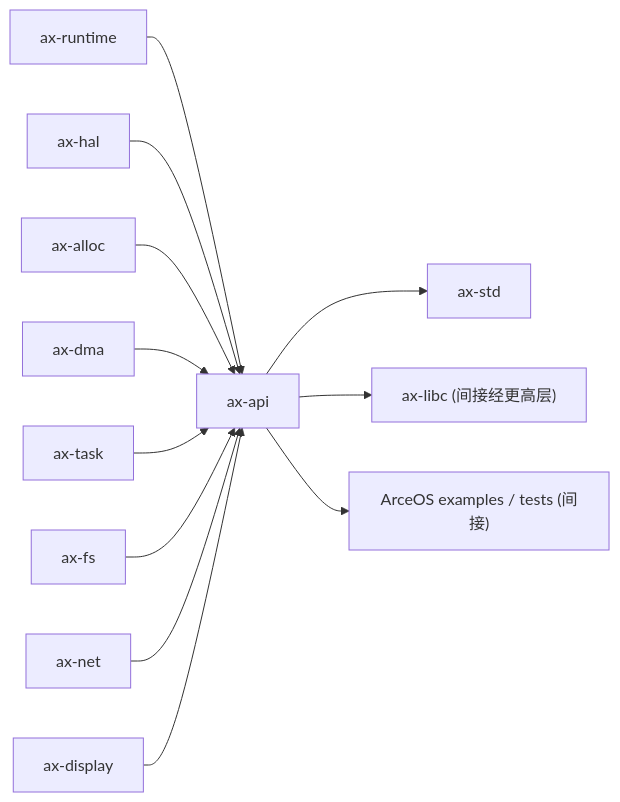
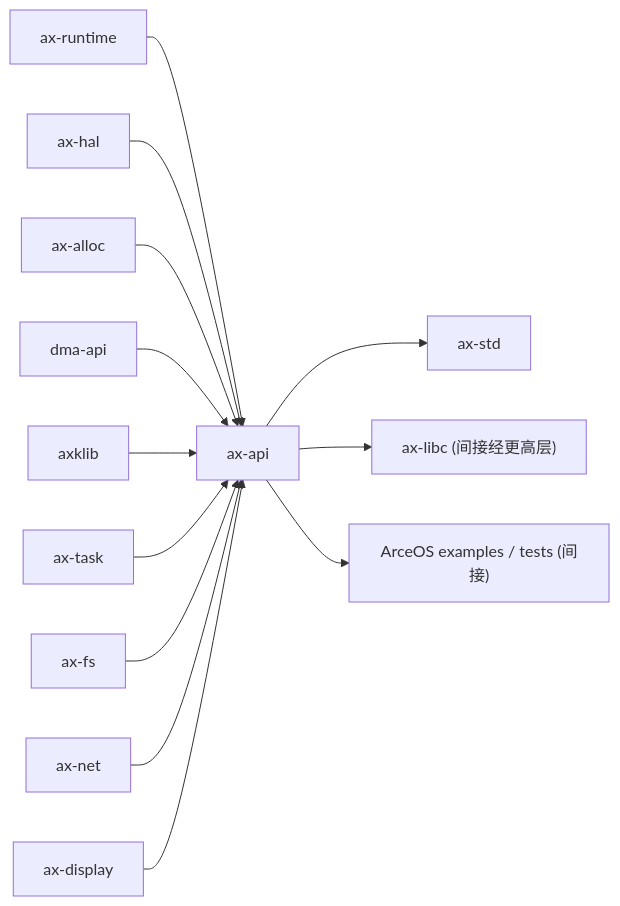
The diagram in docs/docs/components/crates/arceos-api.md (rcore-os/tgoskits), drawn with Mermaid before and after one commit. The commit also changed other lines of this file and 80 other files, not shown here.

Commit message:
fix(dma-api): retire legacy axdma release paths

````diff
--- a/docs/docs/components/crates/arceos-api.md
+++ b/docs/docs/components/crates/arceos-api.md
@@ -110,15 +110,16 @@
 ```mermaid
 graph LR
     ax-runtime["ax-runtime"] --> ax-api["ax-api"]
     ax-hal["ax-hal"] --> ax-api
     ax-alloc["ax-alloc"] --> ax-api
-    ax_dma["ax-dma"] --> ax-api
+    dma_api["dma-api"] --> ax-api
+    axklib["axklib"] --> ax-api
     ax-task["ax-task"] --> ax-api
     ax-fs["ax-fs"] --> ax-api
     ax-net["ax-net"] --> ax-api
     ax-display["ax-display"] --> ax-api
 
     ax-api --> ax-std["ax-std"]
     ax-api --> ax-libc["ax-libc (间接经更高层)"]
     ax-api --> arceos_examples["ArceOS examples / tests (间接)"]
 ```
````
